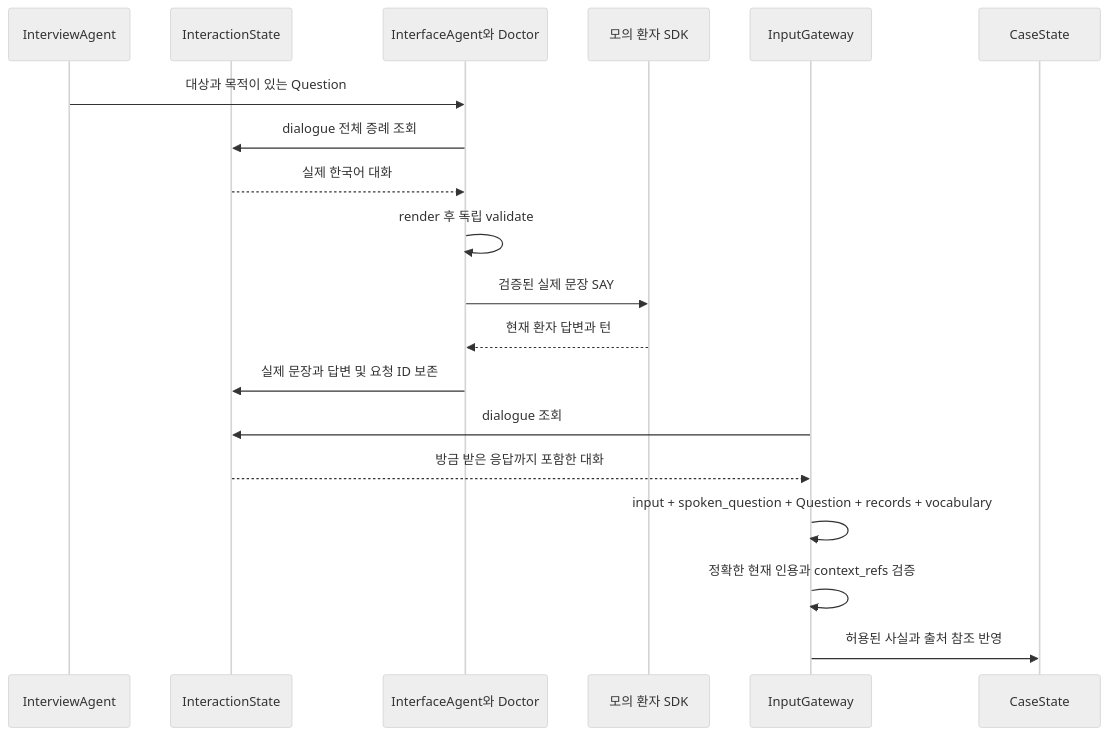
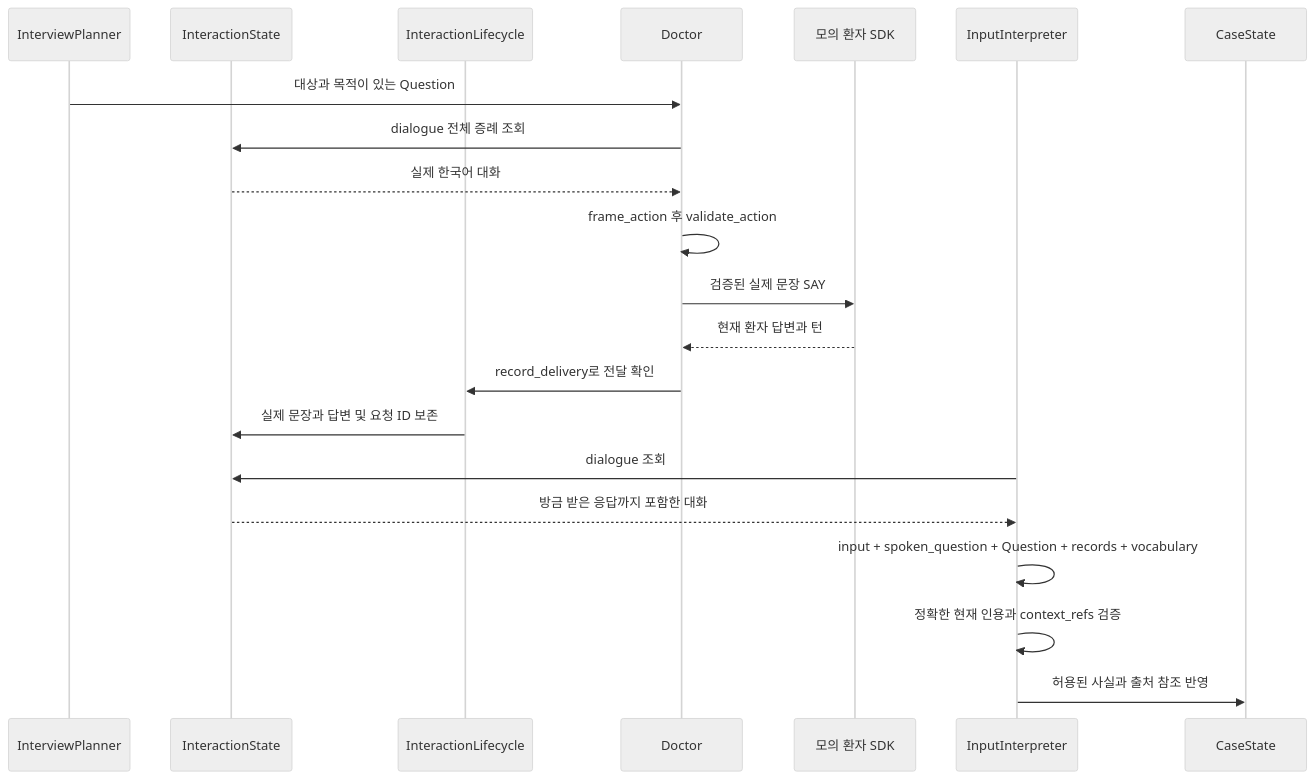
One commit to devRestain/Ontoward changed the second of 3 diagrams in submission/README.md. Above: the diagram before and after it, drawn with Mermaid (neutral theme). The commit also changed other lines of this file and 50 other files, not shown here.

````diff
--- a/submission/README.md
+++ b/submission/README.md
@@ -112,21 +112,23 @@
 ```mermaid
 sequenceDiagram
-    participant Q as InterviewAgent
+    participant Q as InterviewPlanner
     participant I as InteractionState
-    participant D as InterfaceAgent와 Doctor
+    participant L as InteractionLifecycle
+    participant D as Doctor
     participant P as 모의 환자 SDK
-    participant G as InputGateway
+    participant G as InputInterpreter
     participant C as CaseState
     Q->>D: 대상과 목적이 있는 Question
     D->>I: dialogue 전체 증례 조회
     I-->>D: 실제 한국어 대화
-    D->>D: render 후 독립 validate
+    D->>D: frame_action 후 validate_action
     D->>P: 검증된 실제 문장 SAY
     P-->>D: 현재 환자 답변과 턴
-    D->>I: 실제 문장과 답변 및 요청 ID 보존
+    D->>L: record_delivery로 전달 확인
+    L->>I: 실제 문장과 답변 및 요청 ID 보존
     G->>I: dialogue 조회
     I-->>G: 방금 받은 응답까지 포함한 대화
     G->>G: input + spoken_question + Question + records + vocabulary
     G->>G: 정확한 현재 인용과 context_refs 검증
     G->>C: 허용된 사실과 출처 참조 반영
 ```
````
